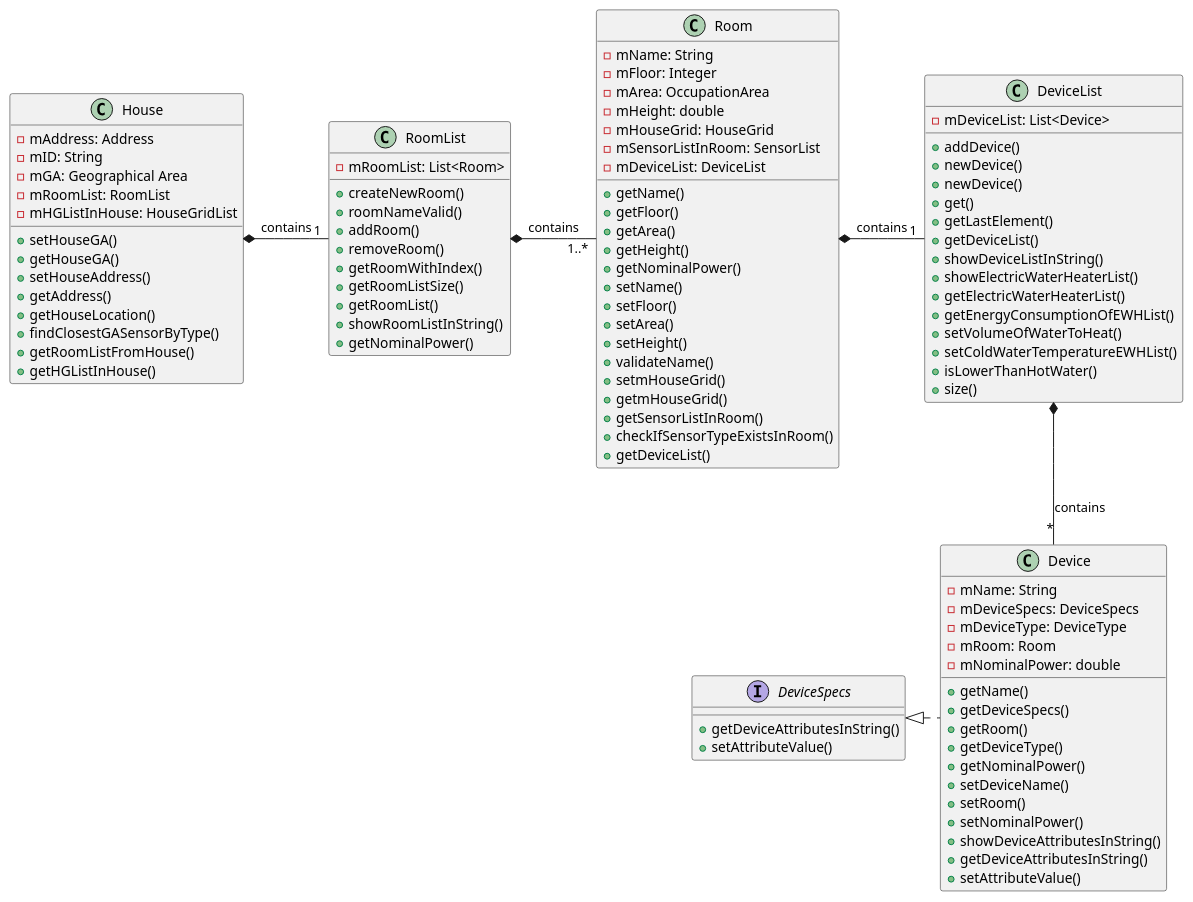
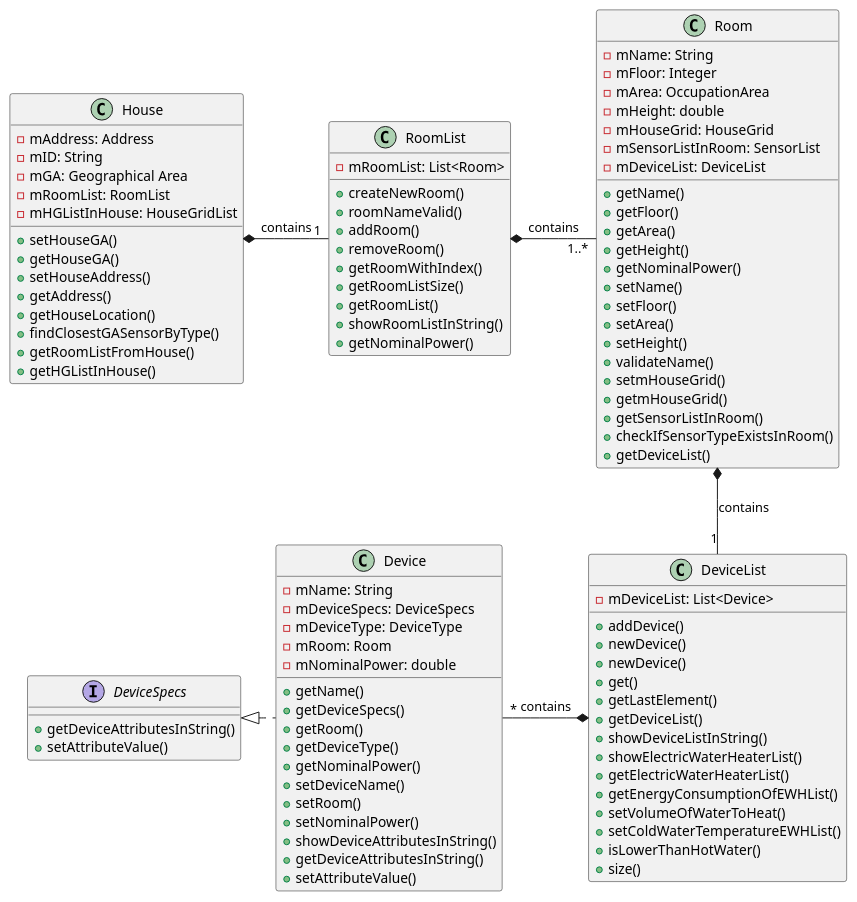
The diagram in src/main/java/smarthome/uml/classdiagrams/EditDeviceClassDiagram.puml (emanuel-pereira/hou), drawn with PlantUML before and after one commit. The commit also changed 11 other files, not shown here.

```diff
--- a/src/main/java/smarthome/uml/classdiagrams/EditDeviceClassDiagram.puml
+++ b/src/main/java/smarthome/uml/classdiagrams/EditDeviceClassDiagram.puml
@@ -1,109 +1,109 @@
 @startuml
 
 class House {
 - mAddress: Address
 - mID: String
 - mGA: Geographical Area
 - mRoomList: RoomList
 - mHGListInHouse: HouseGridList
 + setHouseGA()
 + getHouseGA()
 + setHouseAddress()
 + getAddress()
 + getHouseLocation()
 + findClosestGASensorByType()
 + getRoomListFromHouse()
 + getHGListInHouse()
 }
 
 class RoomList{
 - mRoomList: List<Room>
 + createNewRoom()
 + roomNameValid()
 + addRoom()
 + removeRoom()
 + getRoomWithIndex()
 + getRoomListSize()
 + getRoomList()
 + showRoomListInString()
 + getNominalPower()
 
 }
 
 class Room{
 - mName: String
 - mFloor: Integer
 - mArea: OccupationArea
 - mHeight: double
 - mHouseGrid: HouseGrid
 - mSensorListInRoom: SensorList
 - mDeviceList: DeviceList
 + getName()
 + getFloor()
 + getArea()
 + getHeight()
 + getNominalPower()
 + setName()
 + setFloor()
 + setArea()
 + setHeight()
 + validateName()
 + setmHouseGrid()
 + getmHouseGrid()
 + getSensorListInRoom()
 + checkIfSensorTypeExistsInRoom()
 + getDeviceList()
 }
 
 
 class DeviceList{
 - mDeviceList: List<Device>
 + addDevice()
 + newDevice()
 + newDevice()
 + get()
 + getLastElement()
 + getDeviceList()
 + showDeviceListInString()
 + showElectricWaterHeaterList()
 + getElectricWaterHeaterList()
 + getEnergyConsumptionOfEWHList()
 + setVolumeOfWaterToHeat()
 + setColdWaterTemperatureEWHList()
 + isLowerThanHotWater()
 + size()
 }
 
 class Device {
 - mName: String
 - mDeviceSpecs: DeviceSpecs
 - mDeviceType: DeviceType
 - mRoom: Room
 - mNominalPower: double
 + getName()
 + getDeviceSpecs()
 + getRoom()
 + getDeviceType()
 + getNominalPower()
 + setDeviceName()
 + setRoom()
 + setNominalPower()
 + showDeviceAttributesInString()
 + getDeviceAttributesInString()
 + setAttributeValue()
 }
 
 interface DeviceSpecs{
 + getDeviceAttributesInString()
 + setAttributeValue()
 }
 
 House  *- "1" RoomList: contains
 RoomList *- "1..*"Room: contains
-Room *- "1"DeviceList: contains
-DeviceList *-- "*"Device: contains
+Room *-- "1"DeviceList: contains
+Device"*" -* DeviceList: contains
 DeviceSpecs <|. Device
 
 
 
 @enduml
```
